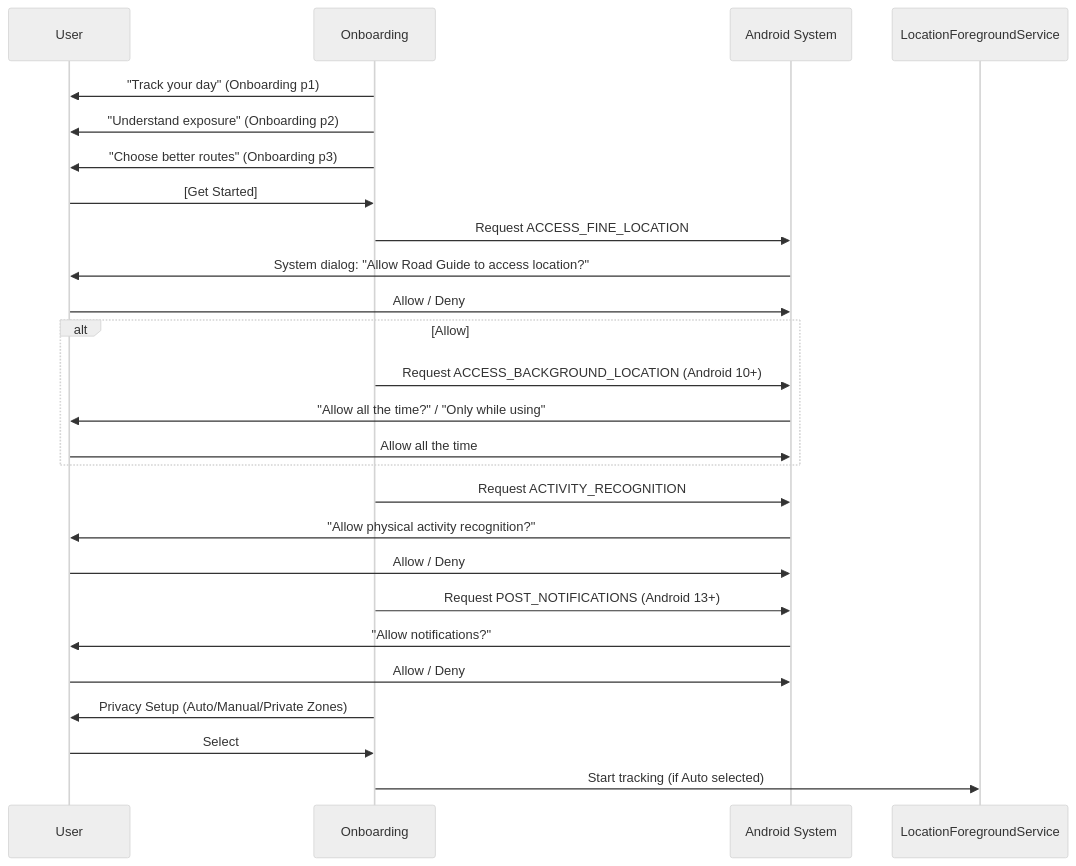
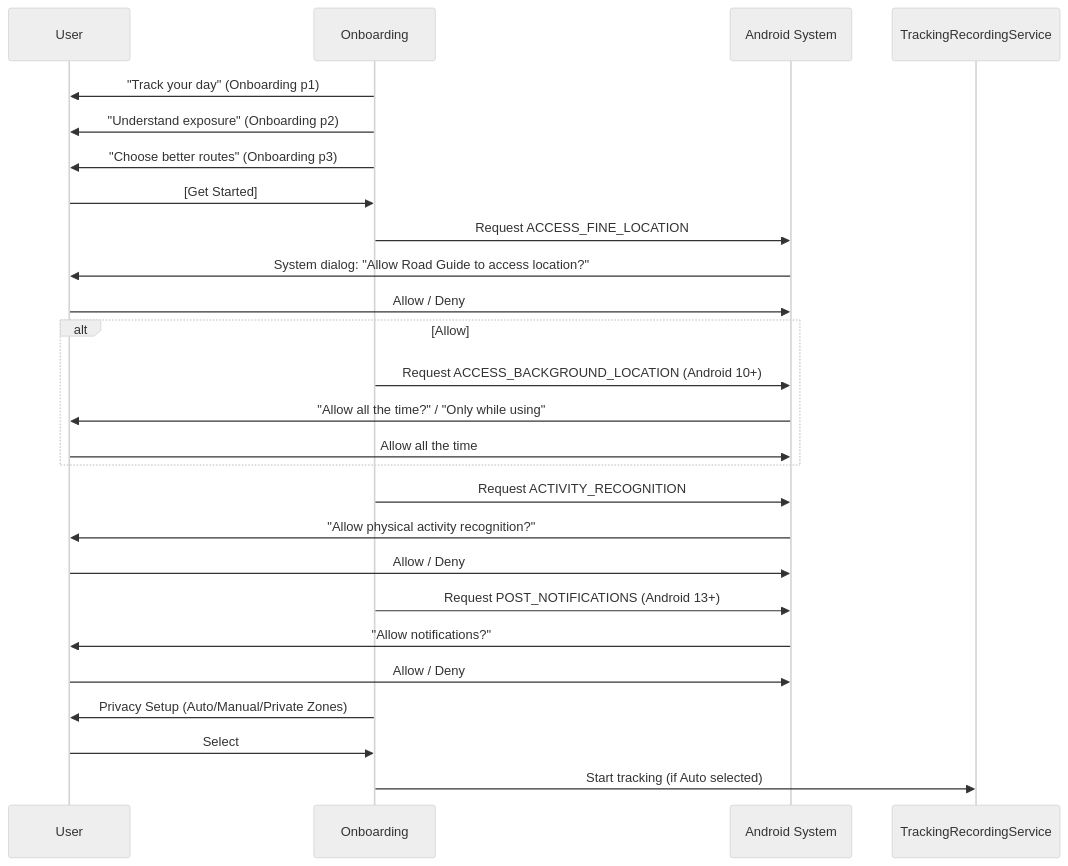
One commit to Vill2seat/road-guide changed the diagram in docs/project-knowledge/10_BACKGROUND_SERVICES_AND_PERMISSIONS.md. Above: the diagram before and after it, drawn with Mermaid (neutral theme). The commit also changed other lines of this file and 15 other files, not shown here.

````diff
--- a/docs/project-knowledge/10_BACKGROUND_SERVICES_AND_PERMISSIONS.md
+++ b/docs/project-knowledge/10_BACKGROUND_SERVICES_AND_PERMISSIONS.md
@@ -185,35 +182,35 @@
 ```mermaid
 sequenceDiagram
     participant User
     participant Onboarding
     participant System as Android System
-    participant Service as LocationForegroundService
+    participant Service as TrackingRecordingService
     
     Onboarding->>User: "Track your day" (Onboarding p1)
     Onboarding->>User: "Understand exposure" (Onboarding p2)
     Onboarding->>User: "Choose better routes" (Onboarding p3)
     User->>Onboarding: [Get Started]
     
     Onboarding->>System: Request ACCESS_FINE_LOCATION
     System->>User: System dialog: "Allow Road Guide to access location?"
     User->>System: Allow / Deny
     
     alt Allow
         Onboarding->>System: Request ACCESS_BACKGROUND_LOCATION (Android 10+)
         System->>User: "Allow all the time?" / "Only while using"
         User->>System: Allow all the time
     end
     
     Onboarding->>System: Request ACTIVITY_RECOGNITION
     System->>User: "Allow physical activity recognition?"
     User->>System: Allow / Deny
     
     Onboarding->>System: Request POST_NOTIFICATIONS (Android 13+)
     System->>User: "Allow notifications?"
     User->>System: Allow / Deny
     
     Onboarding->>User: Privacy Setup (Auto/Manual/Private Zones)
     User->>Onboarding: Select
     
     Onboarding->>Service: Start tracking (if Auto selected)
 ```
````
